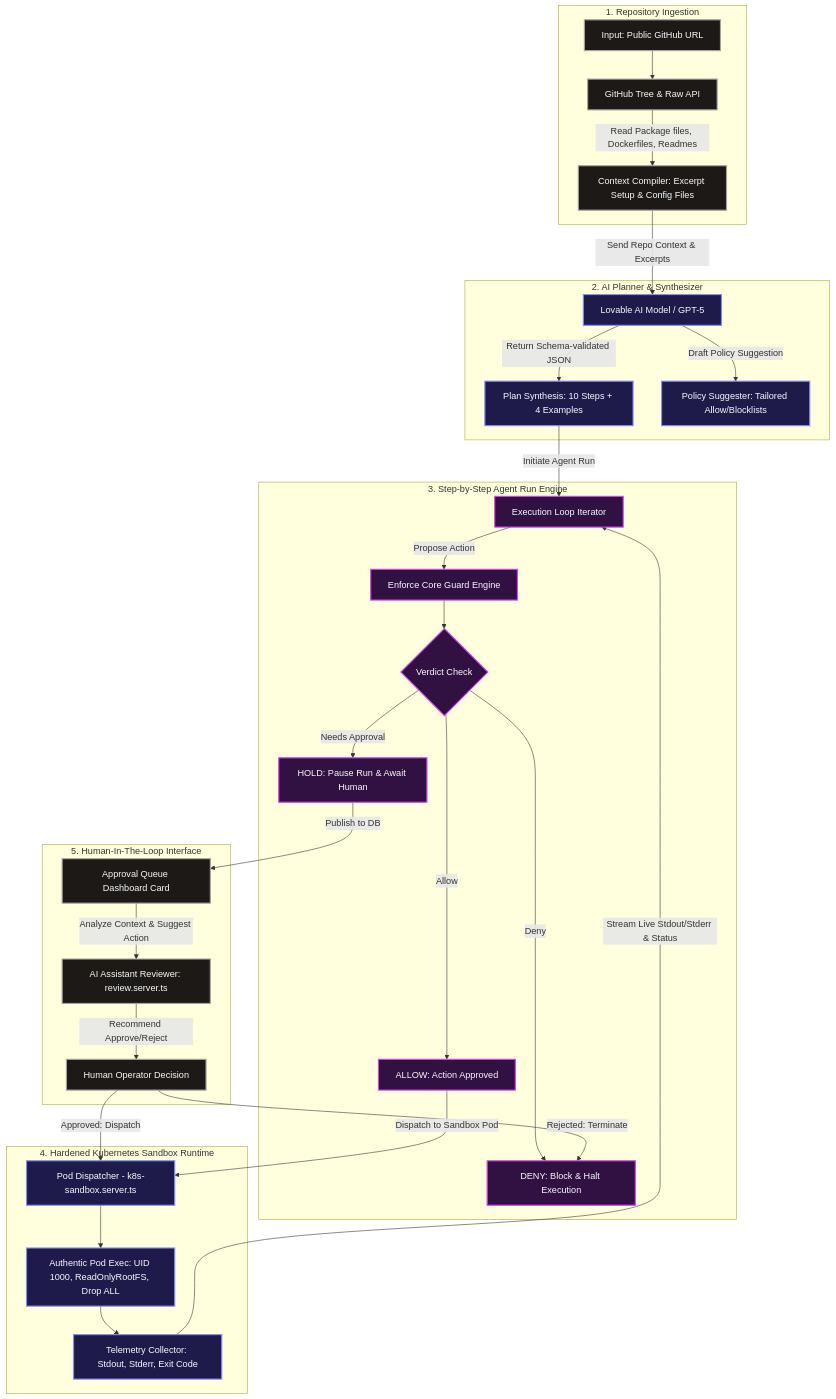
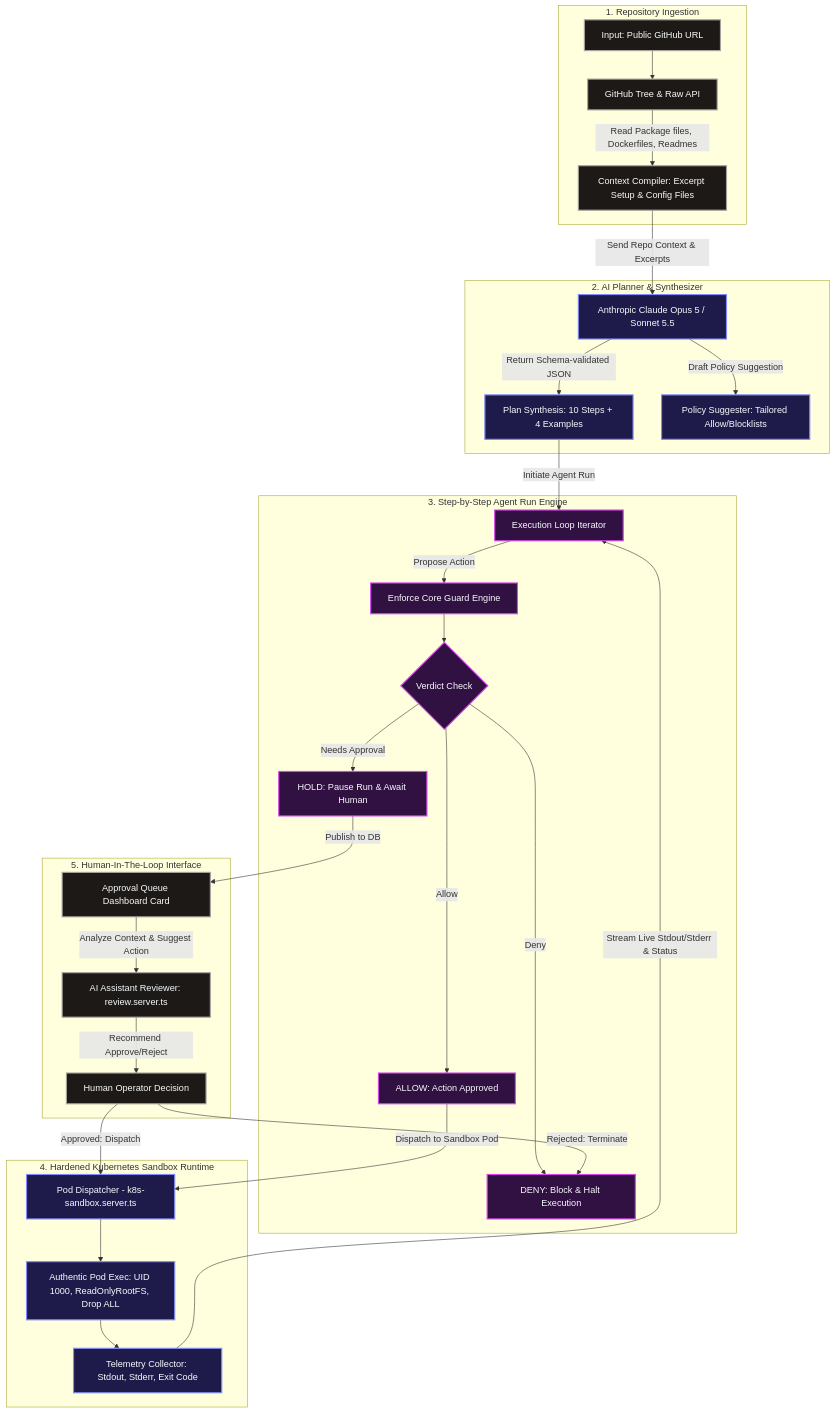
The second of 2 diagrams in TECHNICAL_DOCUMENTATION.md (ritvikindupuri/Containment), drawn with Mermaid before and after one commit. The commit also changed other lines of this file and 2 other files, not shown here.

Commit message:
docs: update architecture diagrams and documentation for Anthropic Claude Opus 5 integration

````diff
--- a/TECHNICAL_DOCUMENTATION.md
+++ b/TECHNICAL_DOCUMENTATION.md
@@ -157,68 +155,68 @@
 ```mermaid
 graph TD
     %% Styling
     classDef core fill:#1e1b4b,stroke:#818cf8,stroke-width:2px,color:#f8fafc;
     classDef step fill:#311042,stroke:#d946ef,stroke-width:2px,color:#f8fafc;
     classDef flow fill:#1c1917,stroke:#a8a29e,stroke-width:2px,color:#f8fafc;
 
     subgraph Repo Ingestion [1. Repository Ingestion]
         URL[Input: Public GitHub URL]:::flow
         GH_API[GitHub Tree & Raw API]:::flow
         CONTEXT[Context Compiler: Excerpt Setup & Config Files]:::flow
     end
 
     subgraph AI Planner [2. AI Planner & Synthesizer]
-        MODEL[Lovable AI Model / GPT-5]:::core
+        MODEL[Anthropic Claude Opus 5 / Sonnet 5.5]:::core
         PLAN[Plan Synthesis: 10 Steps + 4 Examples]:::core
         SUGGESTION[Policy Suggester: Tailored Allow/Blocklists]:::core
     end
 
     subgraph Live Run [3. Step-by-Step Agent Run Engine]
         EXEC_LOOP[Execution Loop Iterator]:::step
         CALL_GUARD[Enforce Core Guard Engine]:::step
         DECIDE{Verdict Check}:::step
         VAL_ALLOW[ALLOW: Action Approved]:::step
         VAL_HOLD[HOLD: Pause Run & Await Human]:::step
         VAL_DENY[DENY: Block & Halt Execution]:::step
     end
 
     subgraph Sandbox Runtime [4. Hardened Kubernetes Sandbox Runtime]
         K8S_DISPATCH[Pod Dispatcher - k8s-sandbox.server.ts]:::core
         K8S_EXEC[Authentic Pod Exec: UID 1000, ReadOnlyRootFS, Drop ALL]:::core
         K8S_TELEMETRY[Telemetry Collector: Stdout, Stderr, Exit Code]:::core
     end
 
     subgraph User Approval [5. Human-In-The-Loop Interface]
         QA[Approval Queue Dashboard Card]:::flow
         COGNITIVE[AI Assistant Reviewer: review.server.ts]:::flow
         OPERATOR[Human Operator Decision]:::flow
     end
 
     %% Flow lines
     URL --> GH_API
     GH_API --> |Read Package files, Dockerfiles, Readmes| CONTEXT
     CONTEXT --> |Send Repo Context & Excerpts| MODEL
     MODEL --> |Return Schema-validated JSON| PLAN
     MODEL --> |Draft Policy Suggestion| SUGGESTION
 
     %% Loop Iterations
     PLAN --> |Initiate Agent Run| EXEC_LOOP
     EXEC_LOOP --> |Propose Action| CALL_GUARD
     CALL_GUARD --> DECIDE
 
     DECIDE --> |Allow| VAL_ALLOW
     DECIDE --> |Needs Approval| VAL_HOLD
     DECIDE --> |Deny| VAL_DENY
 
     VAL_ALLOW --> |Dispatch to Sandbox Pod| K8S_DISPATCH
     K8S_DISPATCH --> K8S_EXEC
     K8S_EXEC --> K8S_TELEMETRY
     K8S_TELEMETRY --> |Stream Live Stdout/Stderr & Status| EXEC_LOOP
 
     VAL_HOLD --> |Publish to DB| QA
     QA --> |Analyze Context & Suggest Action| COGNITIVE
     COGNITIVE --> |Recommend Approve/Reject| OPERATOR
     OPERATOR --> |Approved: Dispatch| K8S_DISPATCH
     OPERATOR --> |Rejected: Terminate| VAL_DENY
 
 ```
````
